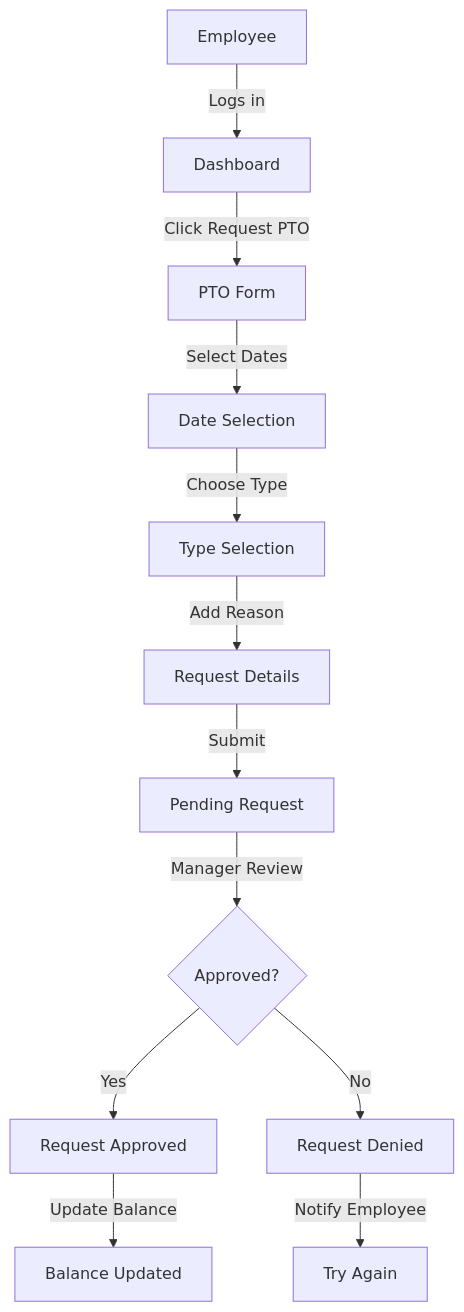
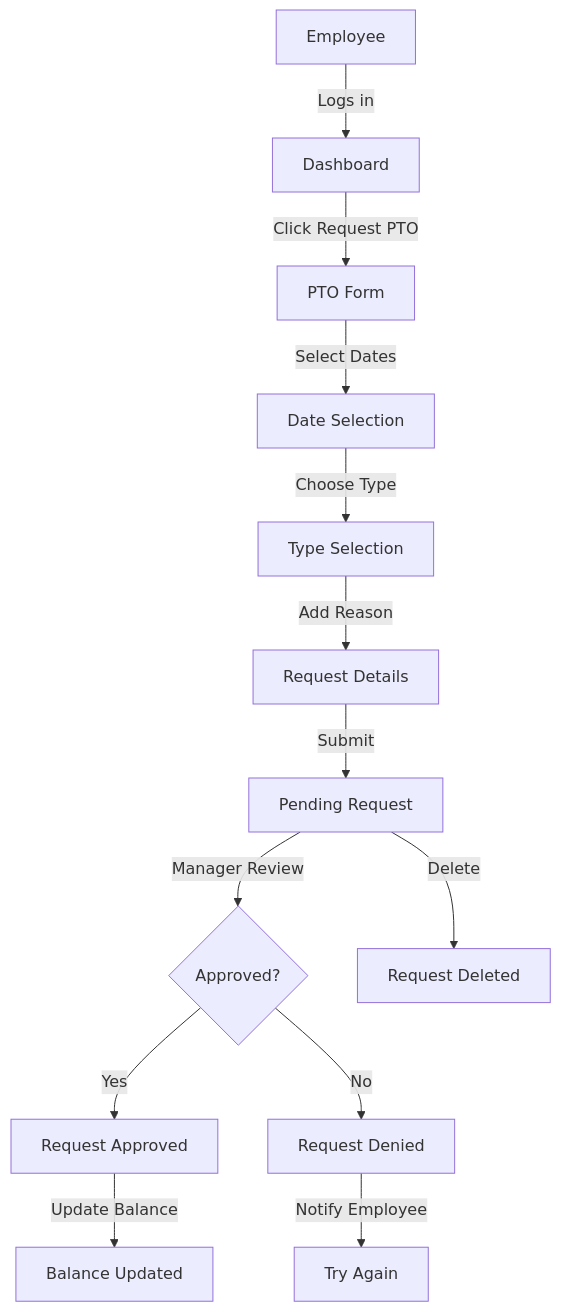
One commit to l2laihub/employee-time-tracking-app changed the second of 5 diagrams in docs/features/pto/pto-feature-overview.md. Above: the diagram before and after it, drawn with Mermaid. The commit also changed other lines of this file and 1 other file, not shown here.

````diff
--- a/docs/features/pto/pto-feature-overview.md
+++ b/docs/features/pto/pto-feature-overview.md
@@ -71,14 +74,15 @@
 ```mermaid
 flowchart TD
     A[Employee] -->|Logs in| B[Dashboard]
     B -->|Click Request PTO| C[PTO Form]
     C -->|Select Dates| D[Date Selection]
     D -->|Choose Type| E[Type Selection]
     E -->|Add Reason| F[Request Details]
     F -->|Submit| G[Pending Request]
     G -->|Manager Review| H{Approved?}
     H -->|Yes| I[Request Approved]
     H -->|No| J[Request Denied]
     I -->|Update Balance| K[Balance Updated]
     J -->|Notify Employee| L[Try Again]
+    G -->|Delete| M[Request Deleted]
 ```
````
